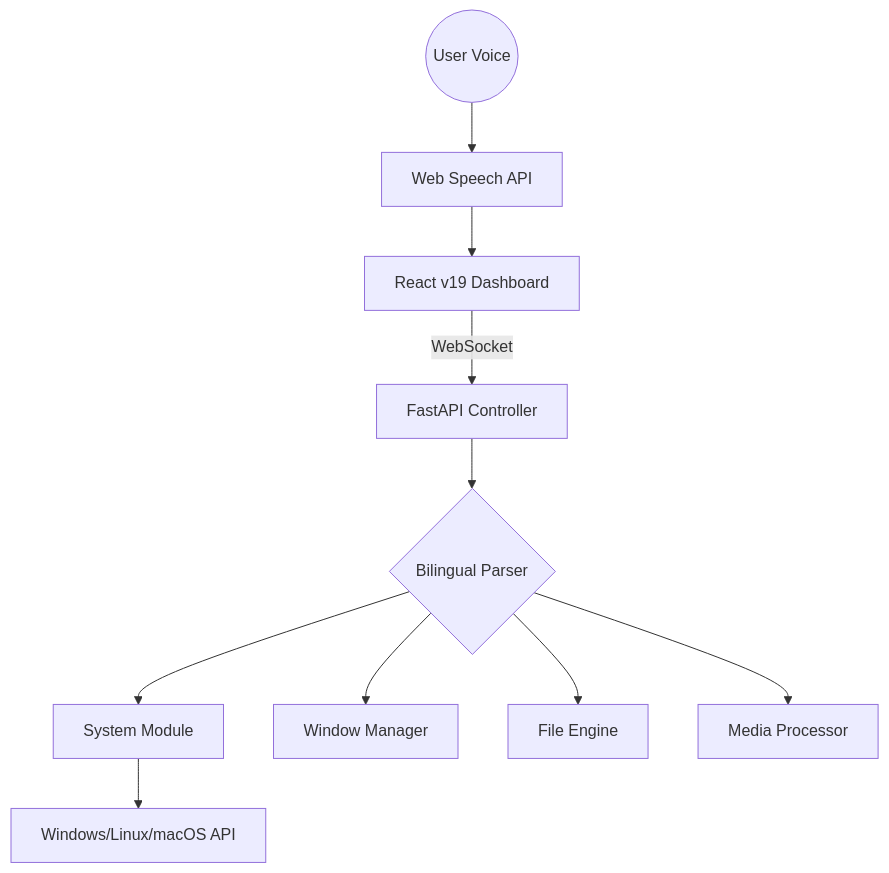
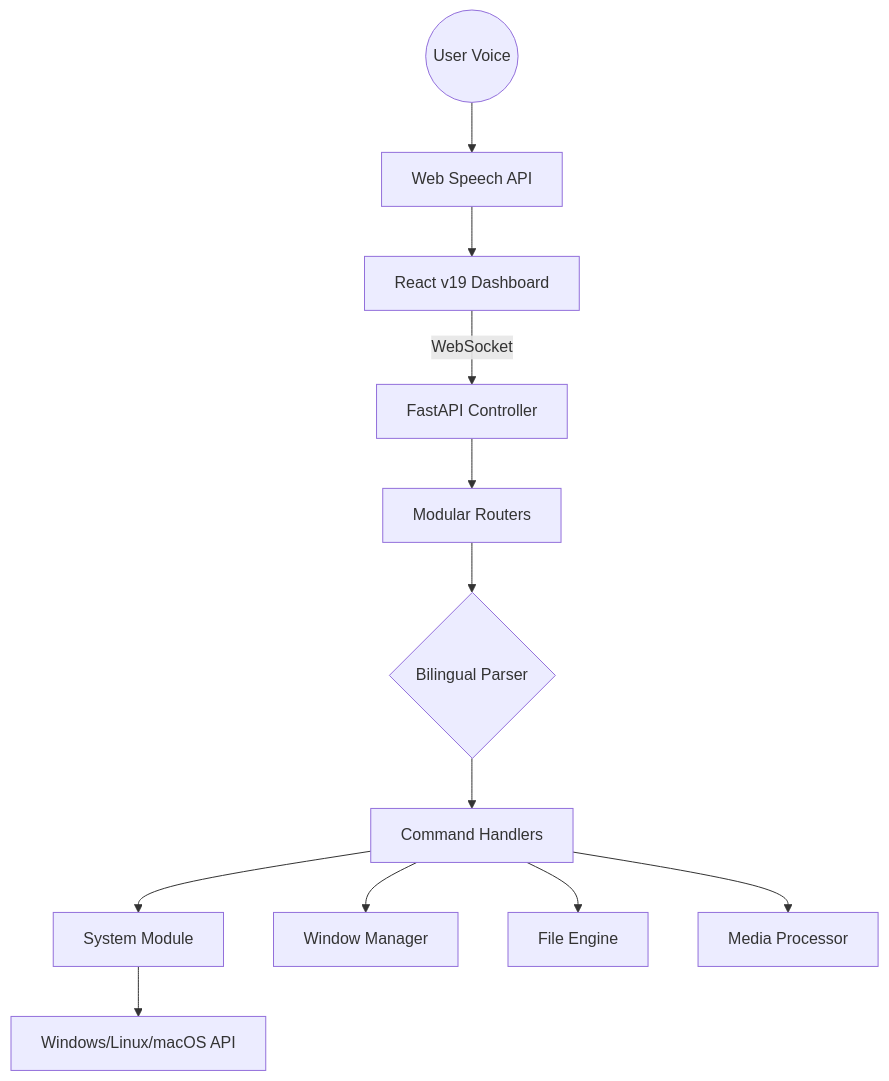
One commit to VIPHACKER100/jarvis-bilingual-adv-ai-assistant changed the diagram in README.md. Above: the diagram before and after it, drawn with Mermaid. The commit also changed other lines of this file and 13 other files, not shown here.

Commit message:
feat: initialize project structure, add documentation, and implement backend module diagnostic system

````diff
--- a/README.md
+++ b/README.md
@@ -263,12 +264,14 @@
 ```mermaid
 graph TD
     User((User Voice)) --> Voice[Web Speech API]
     Voice --> Frontend[React v19 Dashboard]
     Frontend -- WebSocket --> Backend[FastAPI Controller]
-    Backend --> LogicCore{Bilingual Parser}
-    LogicCore --> System[System Module]
-    LogicCore --> Window[Window Manager]
-    LogicCore --> File[File Engine]
-    LogicCore --> Media[Media Processor]
+    Backend --> Routers[Modular Routers]
+    Routers --> LogicCore{Bilingual Parser}
+    LogicCore --> Handlers[Command Handlers]
+    Handlers --> System[System Module]
+    Handlers --> Window[Window Manager]
+    Handlers --> File[File Engine]
+    Handlers --> Media[Media Processor]
     System --> OS[Windows/Linux/macOS API]
 ```
````
